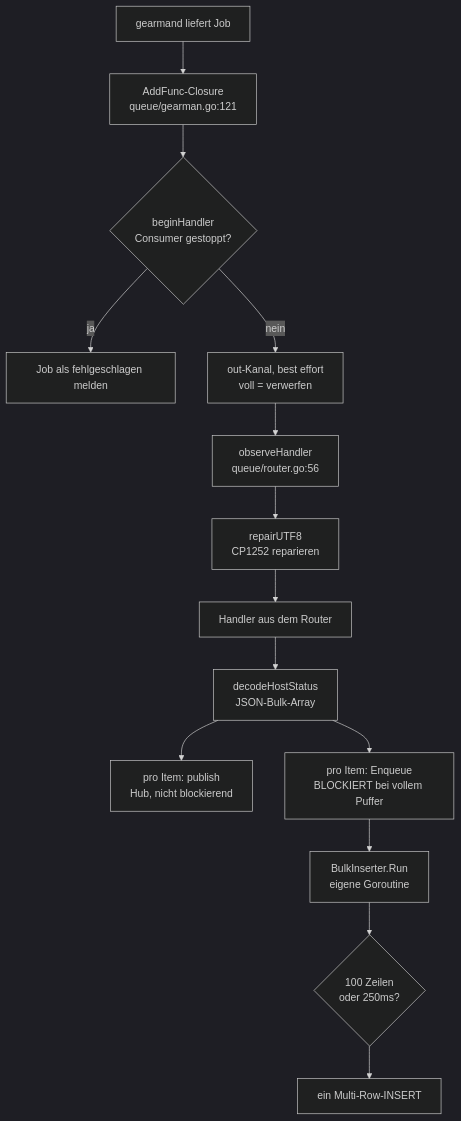
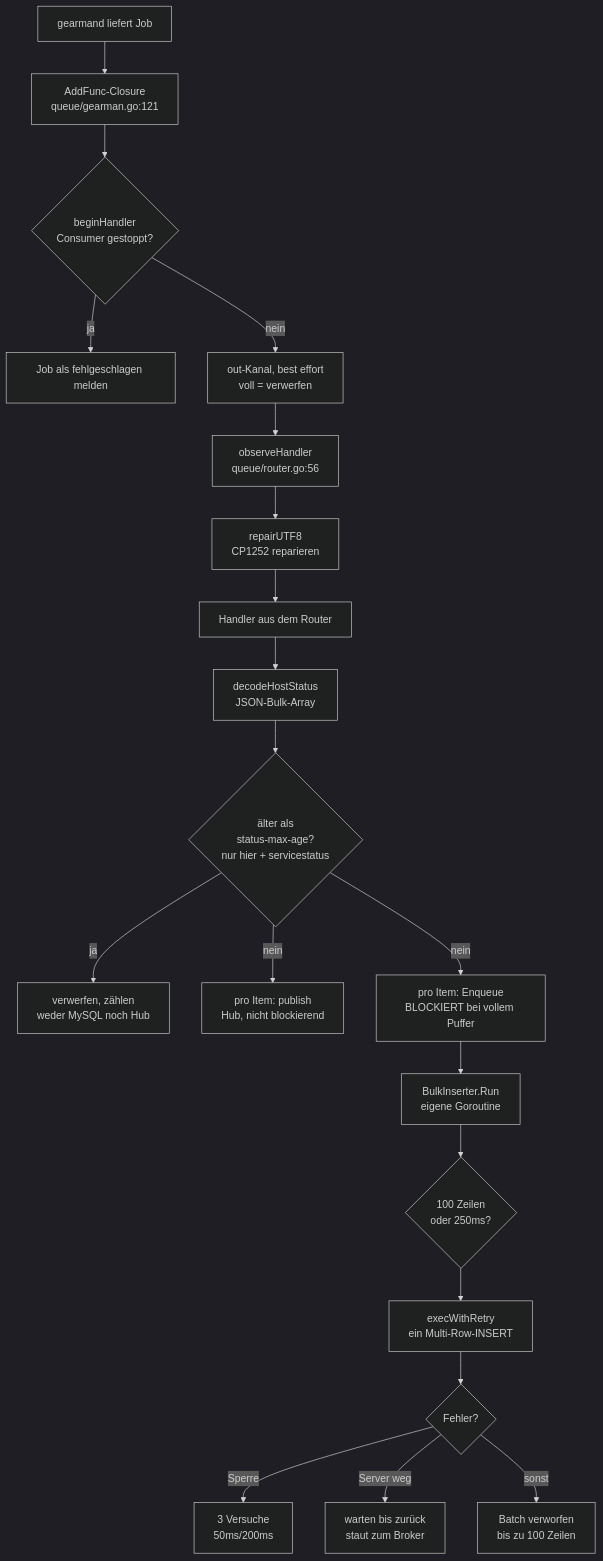
The diagram in docs/audit-route.md (statusengine/statusengine-worker), drawn with Mermaid (dark theme) before and after one commit. The commit also changed other lines of this file and 1 other file, not shown here.

First line of the commit message:
Document the MySQL write behavior, and add a glossary

````diff
--- a/docs/audit-route.md
+++ b/docs/audit-route.md
@@ -74,16 +77,22 @@
 ```mermaid
 flowchart TD
     A[gearmand liefert Job] --> B[AddFunc-Closure<br/>queue/gearman.go:121]
     B --> C{beginHandler<br/>Consumer gestoppt?}
     C -->|ja| Z[Job als fehlgeschlagen melden]
     C -->|nein| D[out-Kanal, best effort<br/>voll = verwerfen]
     D --> E[observeHandler<br/>queue/router.go:56]
     E --> F[repairUTF8<br/>CP1252 reparieren]
     F --> G[Handler aus dem Router]
     G --> H[decodeHostStatus<br/>JSON-Bulk-Array]
-    H --> I[pro Item: publish<br/>Hub, nicht blockierend]
-    H --> J[pro Item: Enqueue<br/>BLOCKIERT bei vollem Puffer]
+    H --> S{älter als<br/>status-max-age?<br/>nur hier + servicestatus}
+    S -->|ja| Y[verwerfen, zählen<br/>weder MySQL noch Hub]
+    S -->|nein| I[pro Item: publish<br/>Hub, nicht blockierend]
+    S -->|nein| J[pro Item: Enqueue<br/>BLOCKIERT bei vollem Puffer]
     J --> K[BulkInserter.Run<br/>eigene Goroutine]
     K --> L{100 Zeilen<br/>oder 250ms?}
-    L --> M[ein Multi-Row-INSERT]
+    L --> M[execWithRetry<br/>ein Multi-Row-INSERT]
+    M --> N{Fehler?}
+    N -->|Sperre| O[3 Versuche<br/>50ms/200ms]
+    N -->|Server weg| P[warten bis zurück<br/>staut zum Broker]
+    N -->|sonst| Q[Batch verworfen<br/>bis zu 100 Zeilen]
 ```
````
